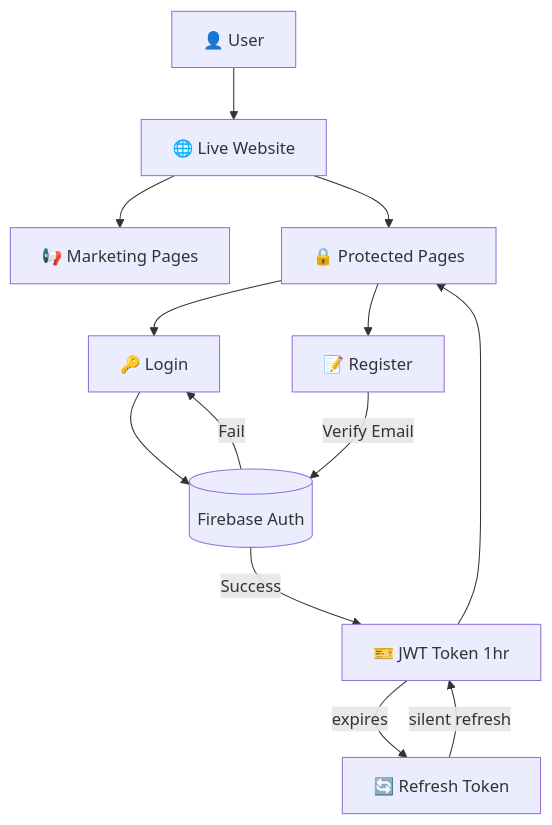
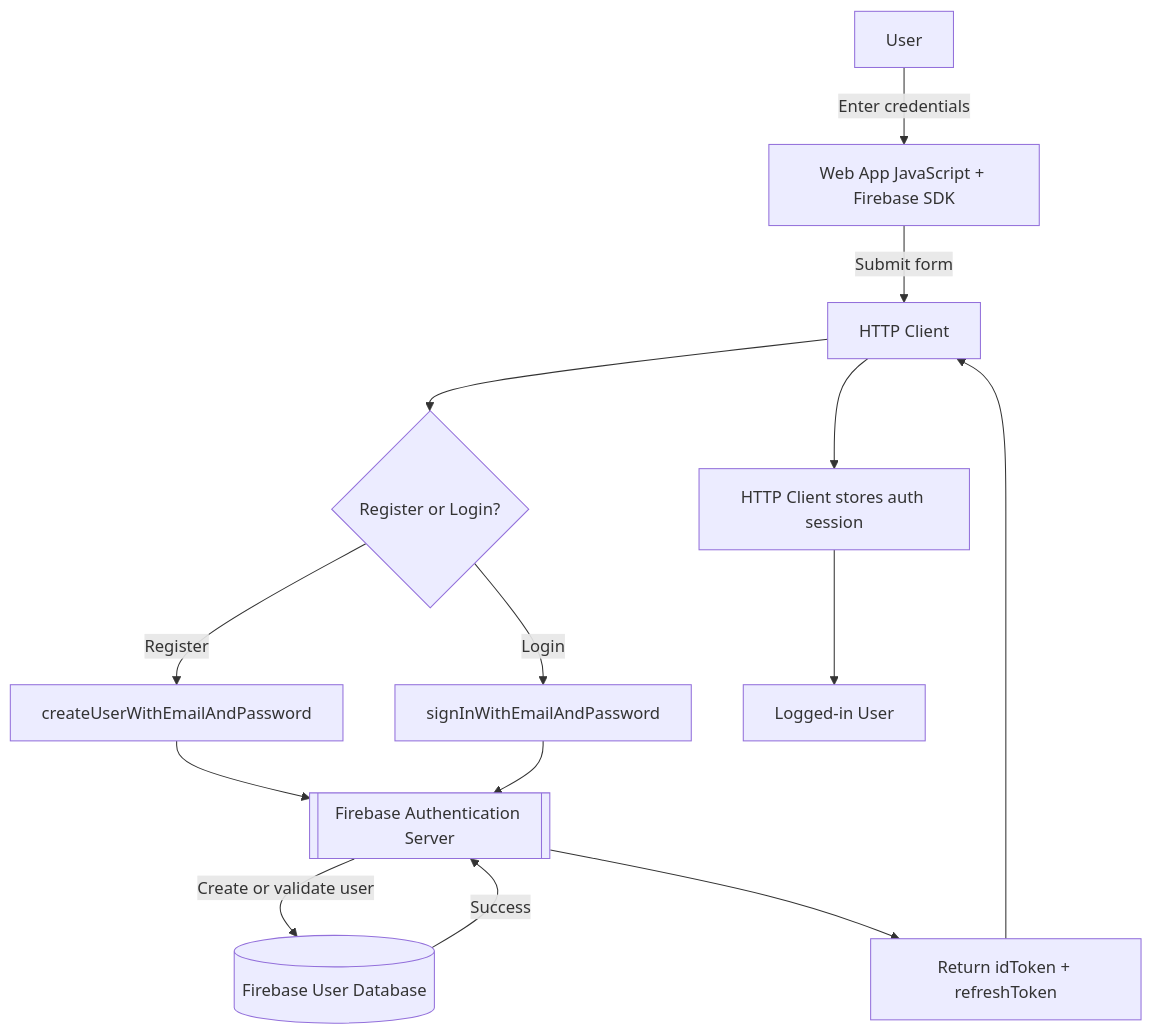
Before and after one commit to DejanVjestica/vuevibe: the second of 2 diagrams in README.md, drawn with Mermaid. The commit also changed other lines of this file, not shown here.

Commit message:
update diagramm in readme

````diff
--- a/README.md
+++ b/README.md
@@ -104,20 +104,31 @@
 ```mermaid
 flowchart TD
-    User[👤 User] --> Site[🌐 Live Website]
+    User[User]
+    App[Web App JavaScript + Firebase SDK]
+    Browser[HTTP Client]
+    Directive{Register or Login?}
+    Register[createUserWithEmailAndPassword]
+    Login[signInWithEmailAndPassword]
+    Firebase@{shape: subproc, label: "Firebase Authentication Server"}
+    DB[(Firebase User Database)]
+    Response[Return idToken + refreshToken]
+    Store[HTTP Client stores auth session]
+    LU[Logged-in User]
 
-    Site --> Marketing[📢 Marketing Pages]
-    Site --> Protected[🔒 Protected Pages]
+    User -->|Enter credentials| App
+    App -->|Submit form| Browser
+    Browser --> Directive
 
-    Protected --> Login[🔑 Login]
-    Protected --> Register[📝 Register]
+    Directive -->|Register| Register
+    Directive -->|Login| Login
 
-    Login --> FB[(Firebase Auth)]
-    Register -->|Verify Email| FB
+    Register --> Firebase
+    Login --> Firebase
 
-    FB -->|Success| JWT[🎫 JWT Token 1hr]
-    FB -->|Fail| Login
-
-    JWT --> Protected
-    JWT -->|expires| RT[🔄 Refresh Token]
-    RT -->|silent refresh| JWT
+    Firebase -->|Create or validate user| DB
+    DB -->|Success| Firebase
+    Firebase --> Response
+    Response --> Browser
+    Browser --> Store
+    Store --> LU
 ```
````
